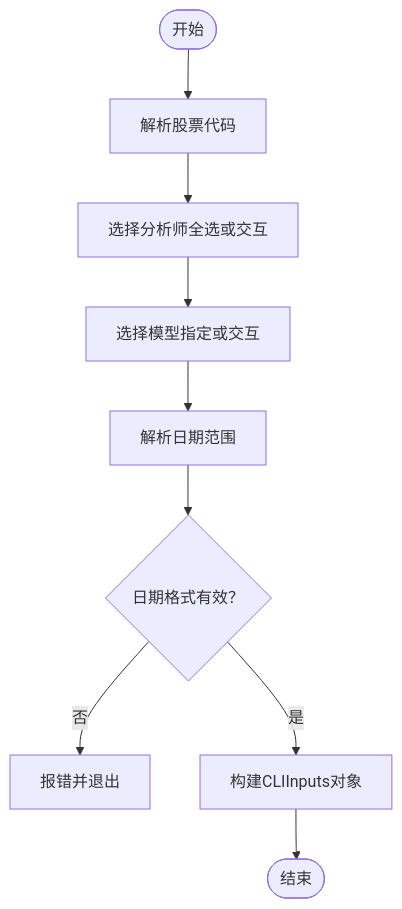
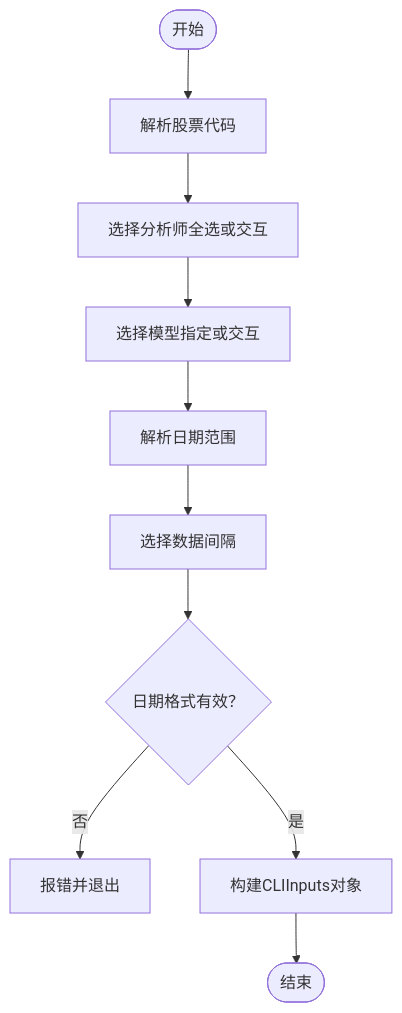
One commit to lichen14-hash/ai-hedge-fund changed the third of 6 diagrams in .qoder/repowiki/zh/content/命令行界面.md. Above: the diagram before and after it, drawn with Mermaid. The commit also changed other lines of this file and 11 other files, not shown here.

````diff
--- a/.qoder/repowiki/zh/content/命令行界面.md
+++ b/.qoder/repowiki/zh/content/命令行界面.md
@@ -155,11 +167,12 @@
 ```mermaid
 flowchart TD
 Start(["开始"]) --> ParseTickers["解析股票代码"]
 ParseTickers --> SelectAnalysts["选择分析师全选或交互"]
 SelectAnalysts --> SelectModel["选择模型指定或交互"]
 SelectModel --> ResolveDates["解析日期范围"]
-ResolveDates --> ValidateDates{"日期格式有效？"}
+ResolveDates --> SelectInterval["选择数据间隔"]
+SelectInterval --> ValidateDates{"日期格式有效？"}
 ValidateDates --> |否| Error["报错并退出"]
 ValidateDates --> |是| BuildInputs["构建CLIInputs对象"]
 BuildInputs --> End(["结束"])
 ```
````
